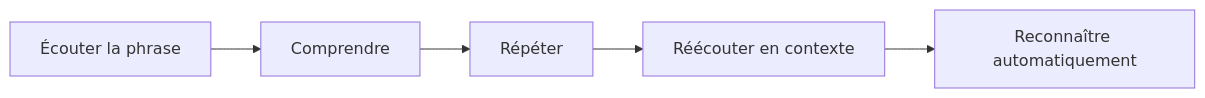
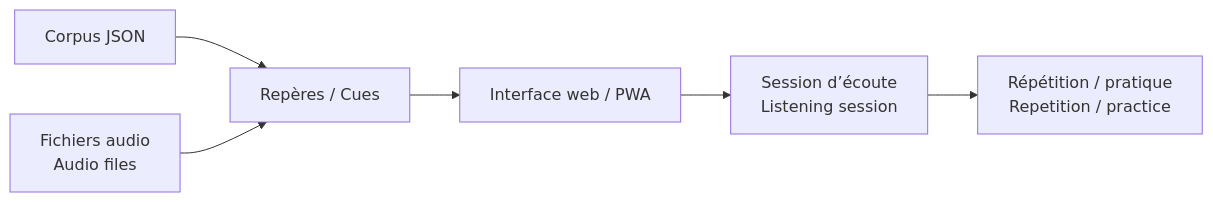
The third of 3 diagrams in native-english-coach/README.md (jeffersonkuku/jefferson-Mawapanga-Saku), drawn with Mermaid before and after one commit. The commit also changed other lines of this file and 1 other file, not shown here.

````diff
--- a/native-english-coach/README.md
+++ b/native-english-coach/README.md
@@ -31,7 +51,8 @@
 ```mermaid
 flowchart LR
-    A[Écouter la phrase] --> B[Comprendre]
-    B --> C[Répéter]
-    C --> D[Réécouter en contexte]
-    D --> E[Reconnaître automatiquement]
+    A[Corpus JSON] --> B[Repères / Cues]
+    C[Fichiers audio<br/>Audio files] --> B
+    B --> D[Interface web / PWA]
+    D --> E[Session d’écoute<br/>Listening session]
+    E --> F[Répétition / pratique<br/>Repetition / practice]
 ```
````
